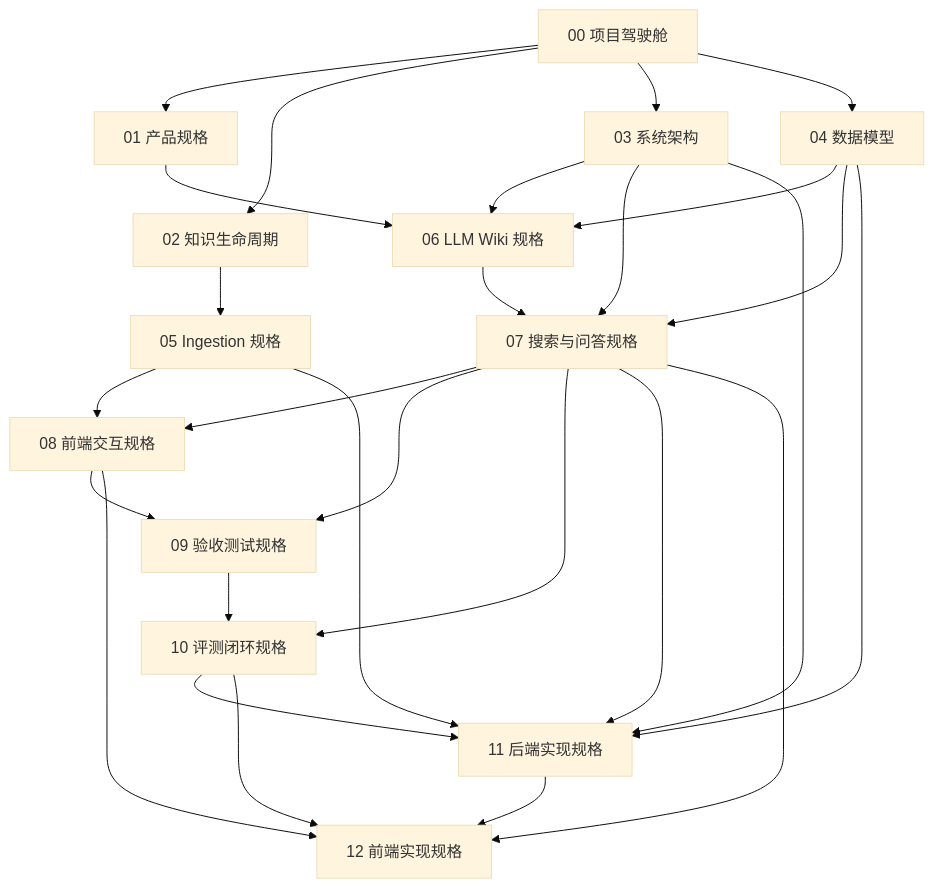
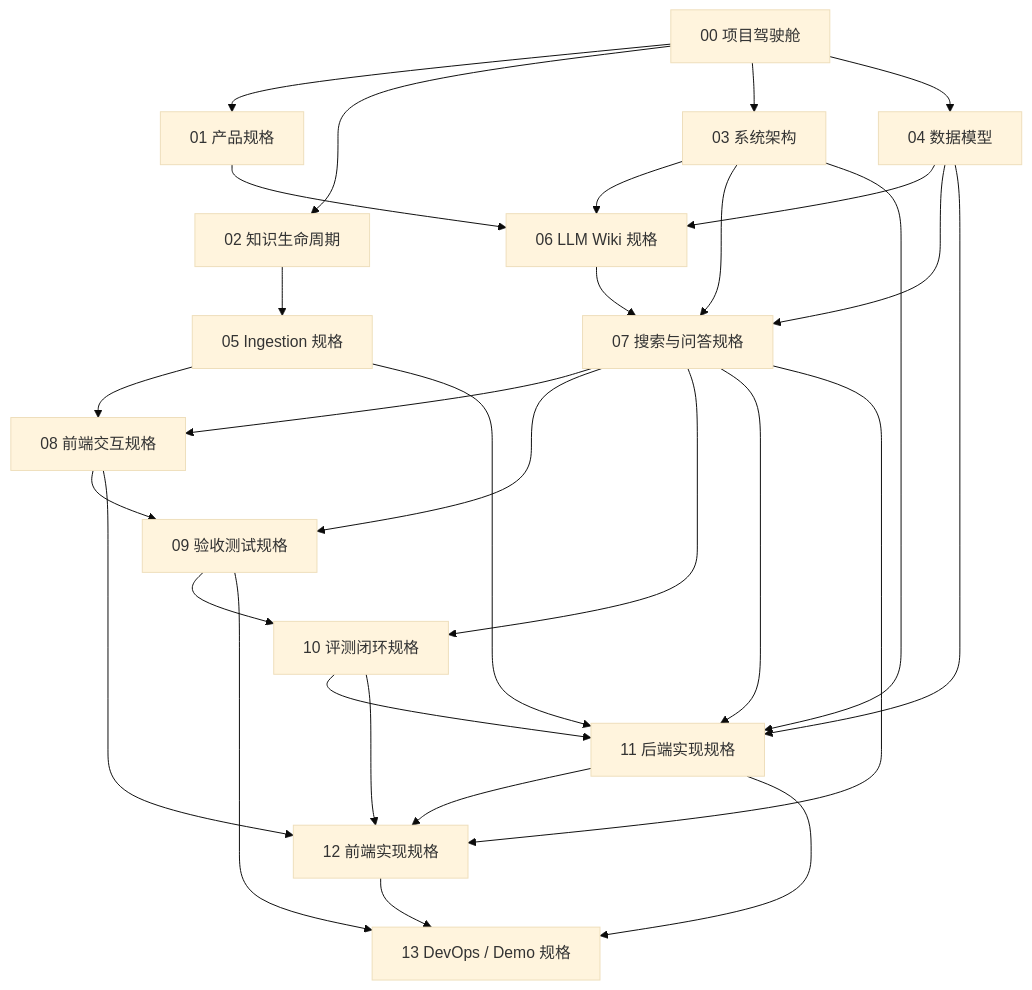
The seventh of 7 diagrams in docs/00-project-dashboard.md (LittleBlacky/KnowWeave), drawn with Mermaid (base theme) before and after one commit. The commit also changed other lines of this file and 6 other files, not shown here.

````diff
--- a/docs/00-project-dashboard.md
+++ b/docs/00-project-dashboard.md
@@ -245,29 +245,32 @@
 ```mermaid
 flowchart TD
   D0["00 项目驾驶舱"] --> D1["01 产品规格"]
   D0 --> D2["02 知识生命周期"]
   D0 --> D3["03 系统架构"]
   D0 --> D4["04 数据模型"]
   D2 --> D5["05 Ingestion 规格"]
   D1 --> D6["06 LLM Wiki 规格"]
   D3 --> D6
   D4 --> D6
   D3 --> D7["07 搜索与问答规格"]
   D4 --> D7
   D6 --> D7
   D7 --> D8["08 前端交互规格"]
   D5 --> D8
   D8 --> D9["09 验收测试规格"]
   D7 --> D9
   D7 --> D10["10 评测闭环规格"]
   D9 --> D10
   D3 --> D11["11 后端实现规格"]
   D4 --> D11
   D5 --> D11
   D7 --> D11
   D10 --> D11
   D8 --> D12["12 前端实现规格"]
   D11 --> D12
   D7 --> D12
   D10 --> D12
+  D9 --> D13["13 DevOps / Demo 规格"]
+  D11 --> D13
+  D12 --> D13
 ```
````
